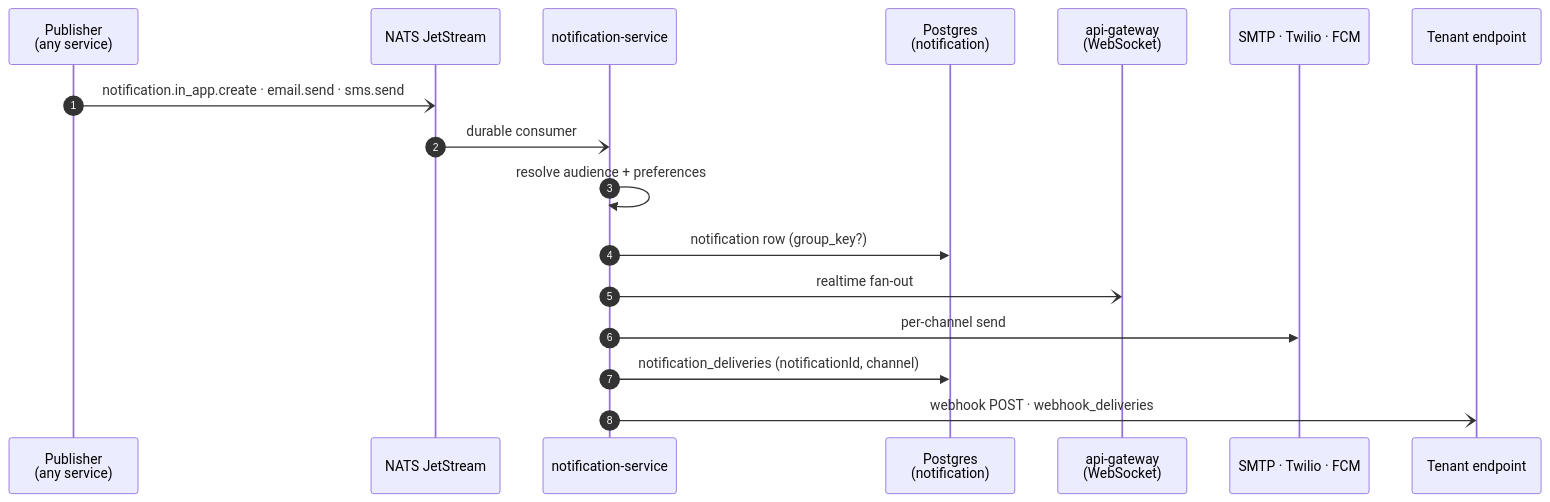
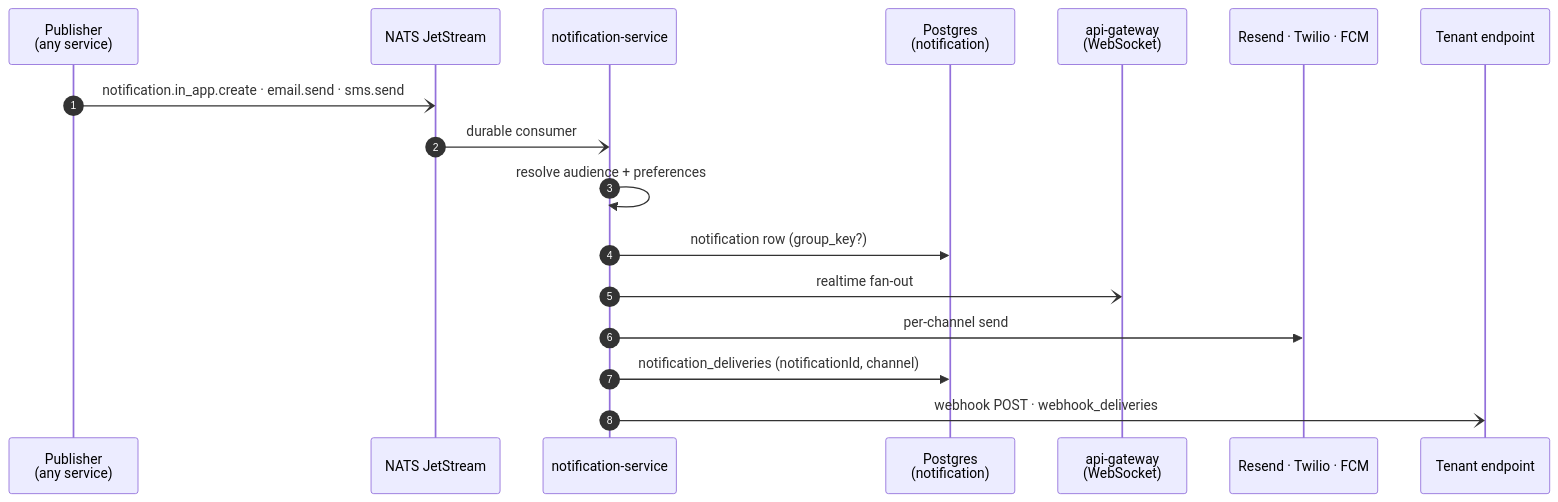
The diagram in docs/reference/flows/notification-delivery.md (dungtq2k5/synapse-desk), drawn with Mermaid before and after one commit. The commit also changed other lines of this file and 126 other files, not shown here.

````diff
--- a/docs/reference/flows/notification-delivery.md
+++ b/docs/reference/flows/notification-delivery.md
@@ -11,20 +11,20 @@
 ```mermaid
 sequenceDiagram
   autonumber
   participant P as Publisher<br/>(any service)
   participant JS as NATS JetStream
   participant NS as notification-service
   participant PG as Postgres<br/>(notification)
   participant WS as api-gateway<br/>(WebSocket)
-  participant EX as SMTP · Twilio · FCM
+  participant EX as Resend · Twilio · FCM
   participant EP as Tenant endpoint
 
   P-)JS: notification.in_app.create · email.send · sms.send
   JS-)NS: durable consumer
   NS->>NS: resolve audience + preferences
   NS->>PG: notification row (group_key?)
   NS-)WS: realtime fan-out
   NS->>EX: per-channel send
   NS->>PG: notification_deliveries (notificationId, channel)
   NS-)EP: webhook POST · webhook_deliveries
 ```
````
